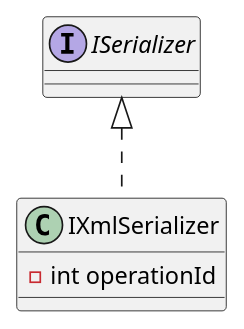
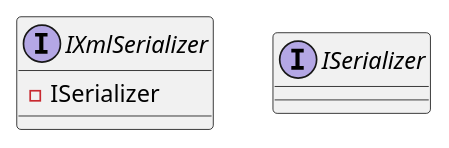
Before and after one commit to mwwhited-forks/dotnet-libs: the diagram in docs/generated/Framework/Eliassen.System.Abstractions/Text/Xml/Serialization/Documentation.md, drawn with PlantUML. The commit also changed other lines of this file and 444 other files, not shown here.

````diff
--- a/docs/generated/Framework/Eliassen.System.Abstractions/Text/Xml/Serialization/Documentation.md
+++ b/docs/generated/Framework/Eliassen.System.Abstractions/Text/Xml/Serialization/Documentation.md
@@ -5,7 +27,8 @@
 ```plantuml
 @startuml
-class IXmlSerializer implements ISerializer {
-  - int operationId
+interface IXmlSerializer {
+  -ISerializer
 }
+interface ISerializer
 @enduml
 ```
````
